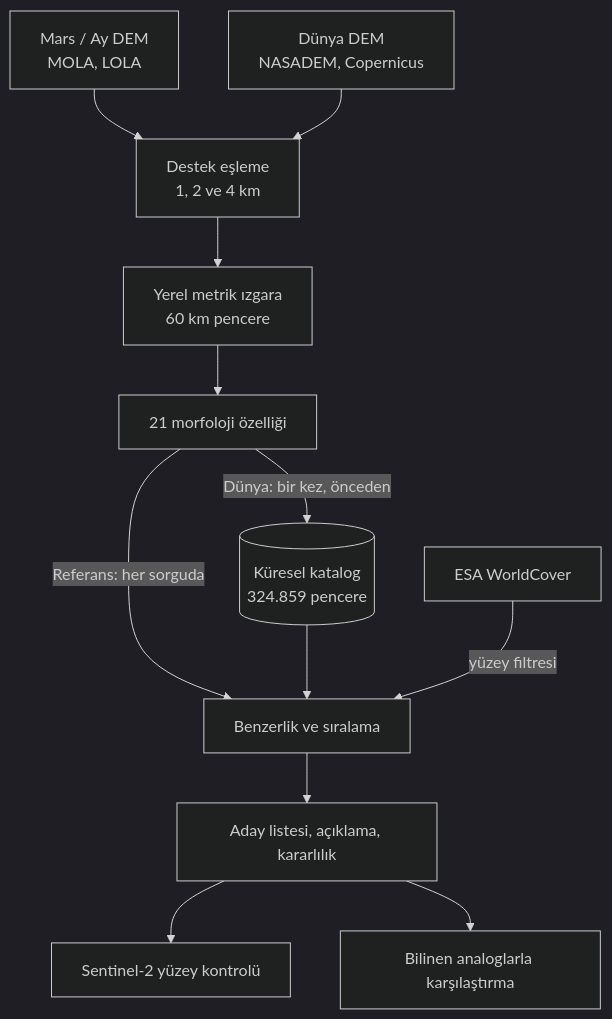
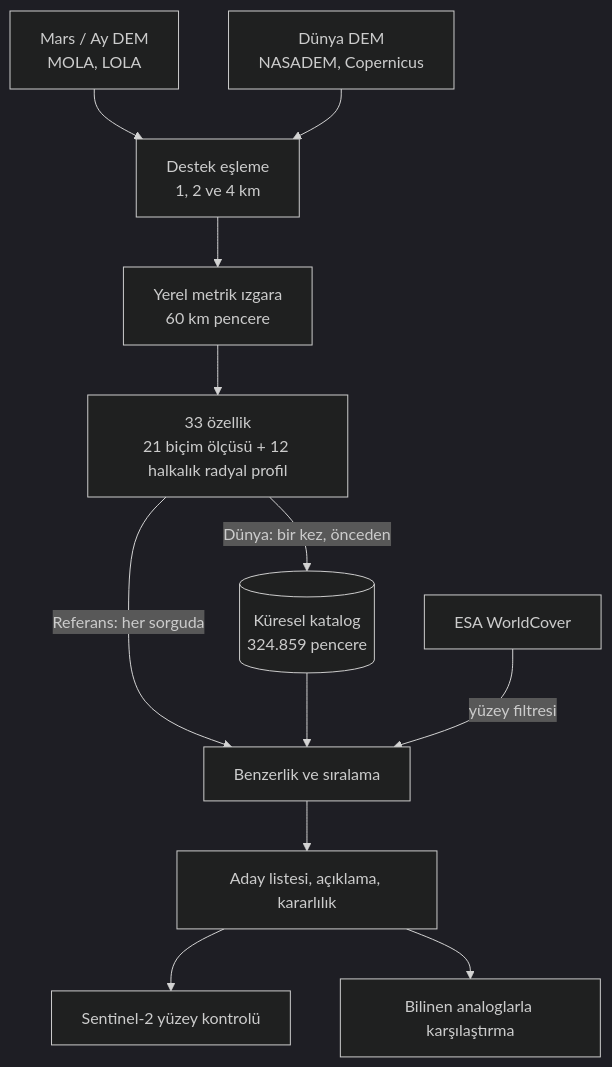
One commit to gcetin/mars_dunya_eslestirme changed the diagram in docs/nasil-calisir.md. Above: the diagram before and after it, drawn with Mermaid (dark theme). The commit also changed other lines of this file and 22 other files, not shown here.

First line of the commit message:
Radyal profil: varsayılan ağırlık, yeni katalog, kaymış kör arama ve belgeler

````diff
--- a/docs/nasil-calisir.md
+++ b/docs/nasil-calisir.md
@@ -43,14 +43,14 @@
 ```mermaid
 flowchart TD
     A["Mars / Ay DEM<br/>MOLA, LOLA"] --> C["Destek eşleme<br/>1, 2 ve 4 km"]
     B["Dünya DEM<br/>NASADEM, Copernicus"] --> C
     C --> D["Yerel metrik ızgara<br/>60 km pencere"]
-    D --> E["21 morfoloji özelliği"]
+    D --> E["33 özellik<br/>21 biçim ölçüsü + 12 halkalık radyal profil"]
     E -->|"Dünya: bir kez, önceden"| F[("Küresel katalog<br/>324.859 pencere")]
     E -->|"Referans: her sorguda"| G["Benzerlik ve sıralama"]
     F --> G
     H["ESA WorldCover"] -->|"yüzey filtresi"| G
     G --> I["Aday listesi, açıklama, kararlılık"]
     I --> J["Sentinel-2 yüzey kontrolü"]
     I --> K["Bilinen analoglarla karşılaştırma"]
 ```
````
